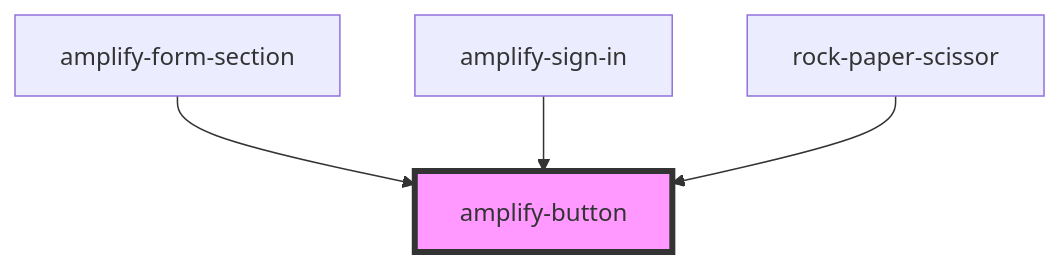
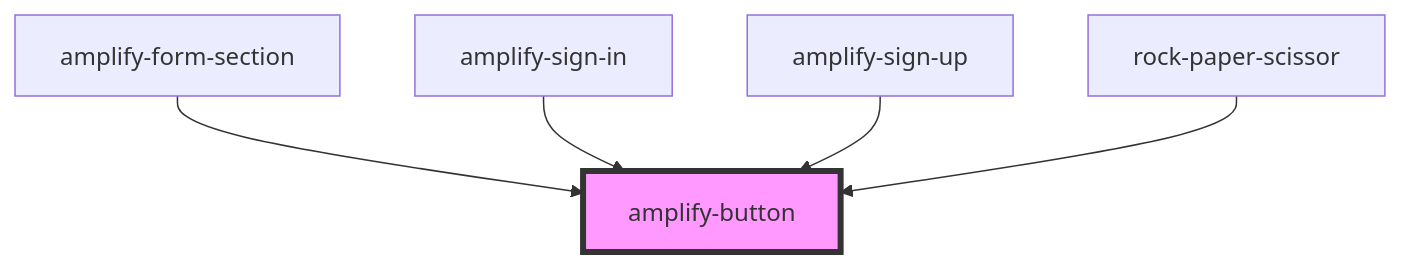
Before and after one commit to aws-amplify/amplify-js: the diagram in packages/amplify-ui-components/src/components/amplify-button/readme.md, drawn with Mermaid. The commit also changed other lines of this file and 17 other files, not shown here.

Commit message:
feat:(@aws-amplify/ui-compnents) Initial commit for SignUp comp

````diff
--- a/packages/amplify-ui-components/src/components/amplify-button/readme.md
+++ b/packages/amplify-ui-components/src/components/amplify-button/readme.md
@@ -26,7 +27,8 @@
 ```mermaid
 graph TD;
   amplify-form-section --> amplify-button
   amplify-sign-in --> amplify-button
+  amplify-sign-up --> amplify-button
   rock-paper-scissor --> amplify-button
   style amplify-button fill:#f9f,stroke:#333,stroke-width:4px
 ```
````
